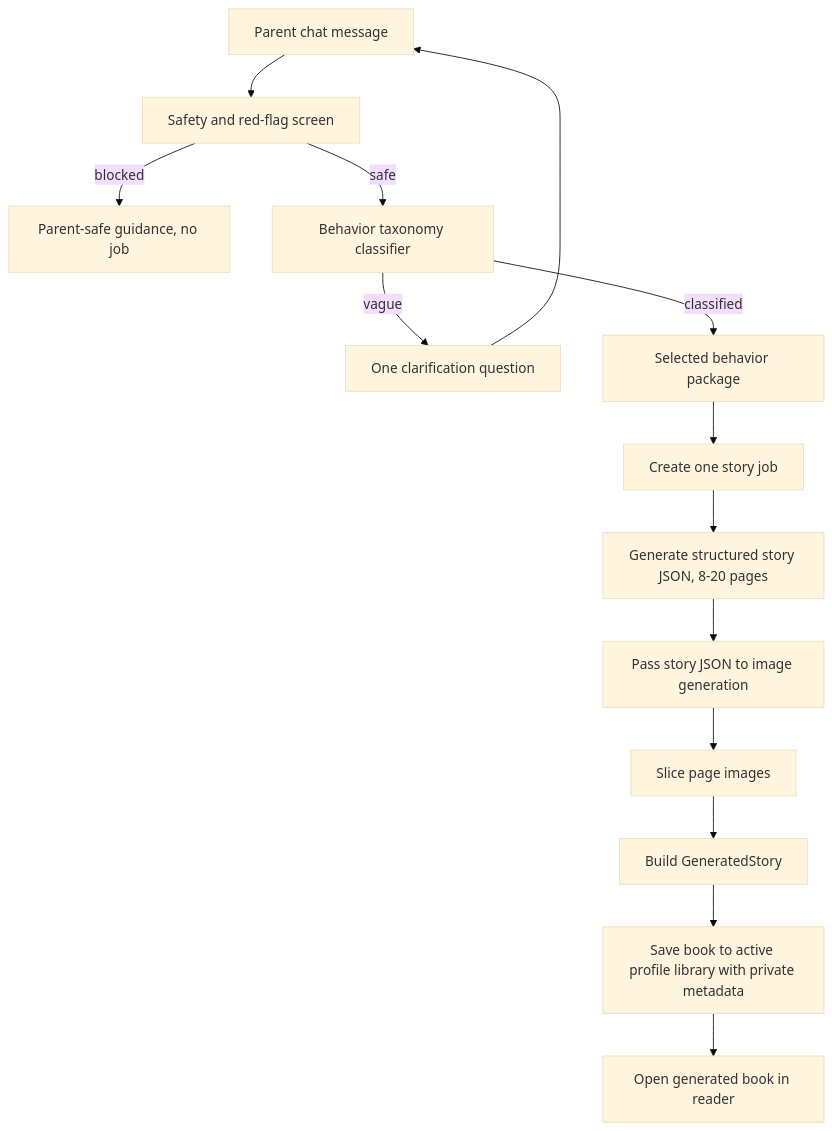
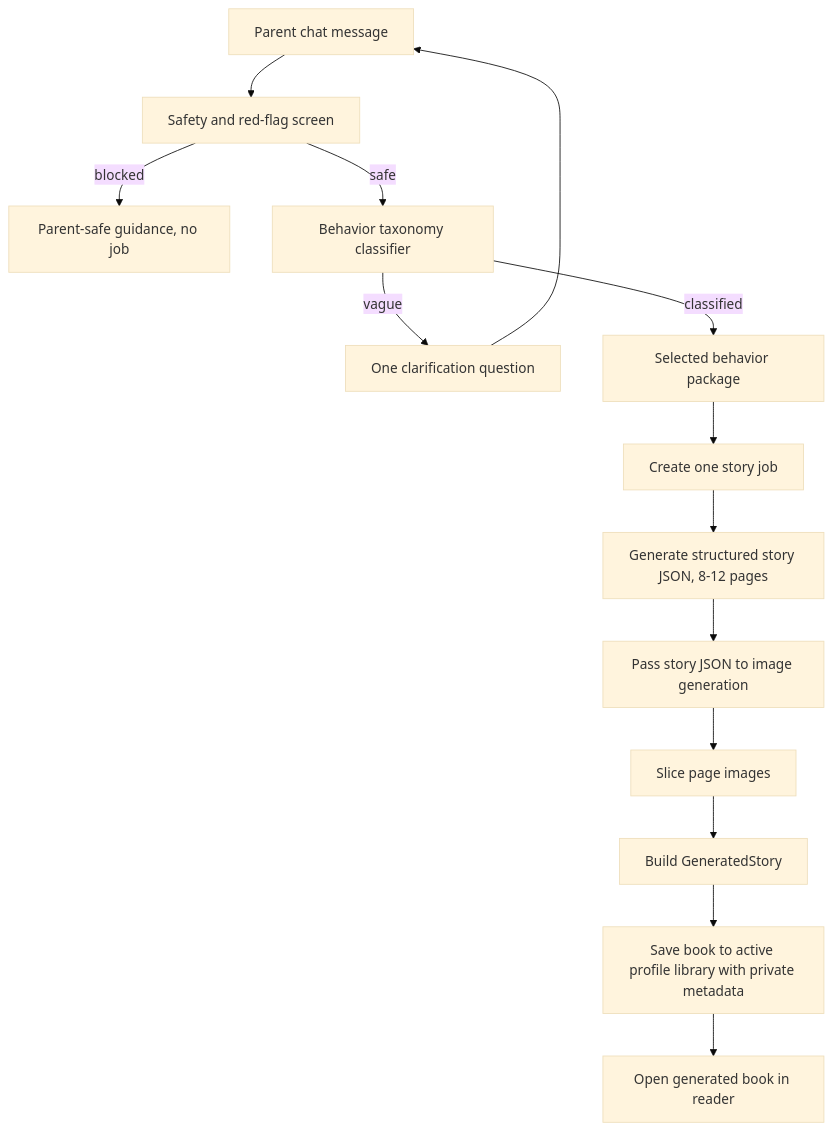
The diagram in docs/story-generation-spec.md (varindersingh83/app-kahani), drawn with Mermaid (base theme) before and after one commit. The commit also changed other lines of this file and 12 other files, not shown here.

````diff
--- a/docs/story-generation-spec.md
+++ b/docs/story-generation-spec.md
@@ -179,16 +179,16 @@
 ```mermaid
 flowchart TD
   A["Parent chat message"] --> B["Safety and red-flag screen"]
   B -->|"blocked"| C["Parent-safe guidance, no job"]
   B -->|"safe"| D["Behavior taxonomy classifier"]
   D -->|"vague"| E["One clarification question"]
   E --> A
   D -->|"classified"| F["Selected behavior package"]
   F --> G["Create one story job"]
-  G --> H["Generate structured story JSON, 8-20 pages"]
+  G --> H["Generate structured story JSON, 8-12 pages"]
   H --> I["Pass story JSON to image generation"]
   I --> J["Slice page images"]
   J --> K["Build GeneratedStory"]
   K --> L["Save book to active profile library with private metadata"]
   L --> M["Open generated book in reader"]
 ```
````
